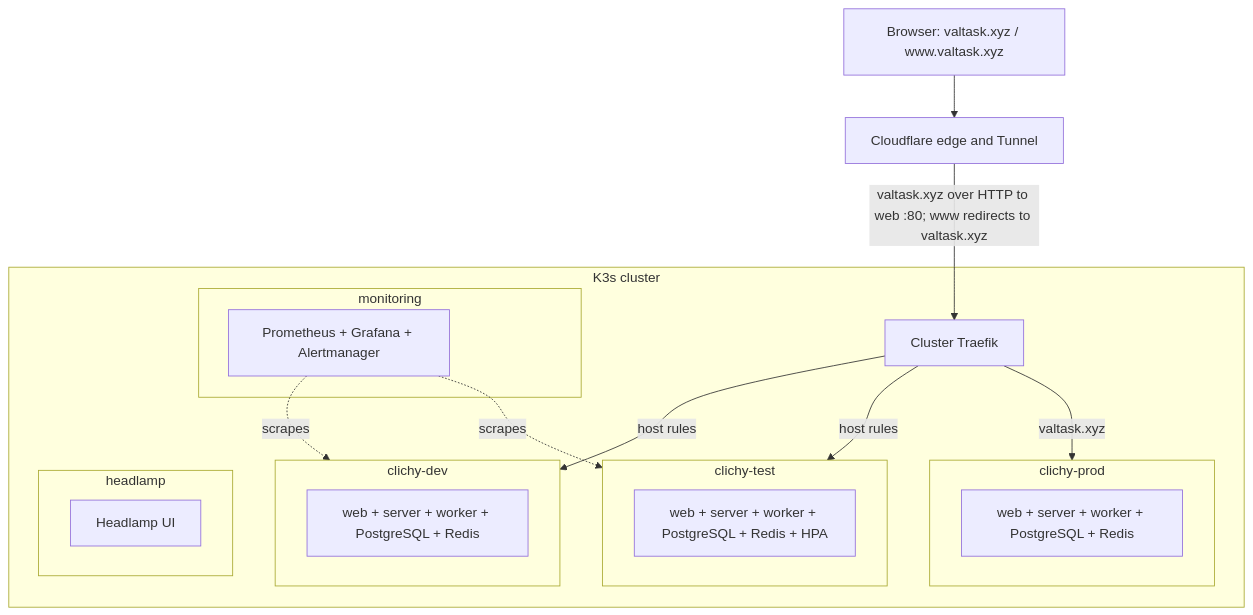
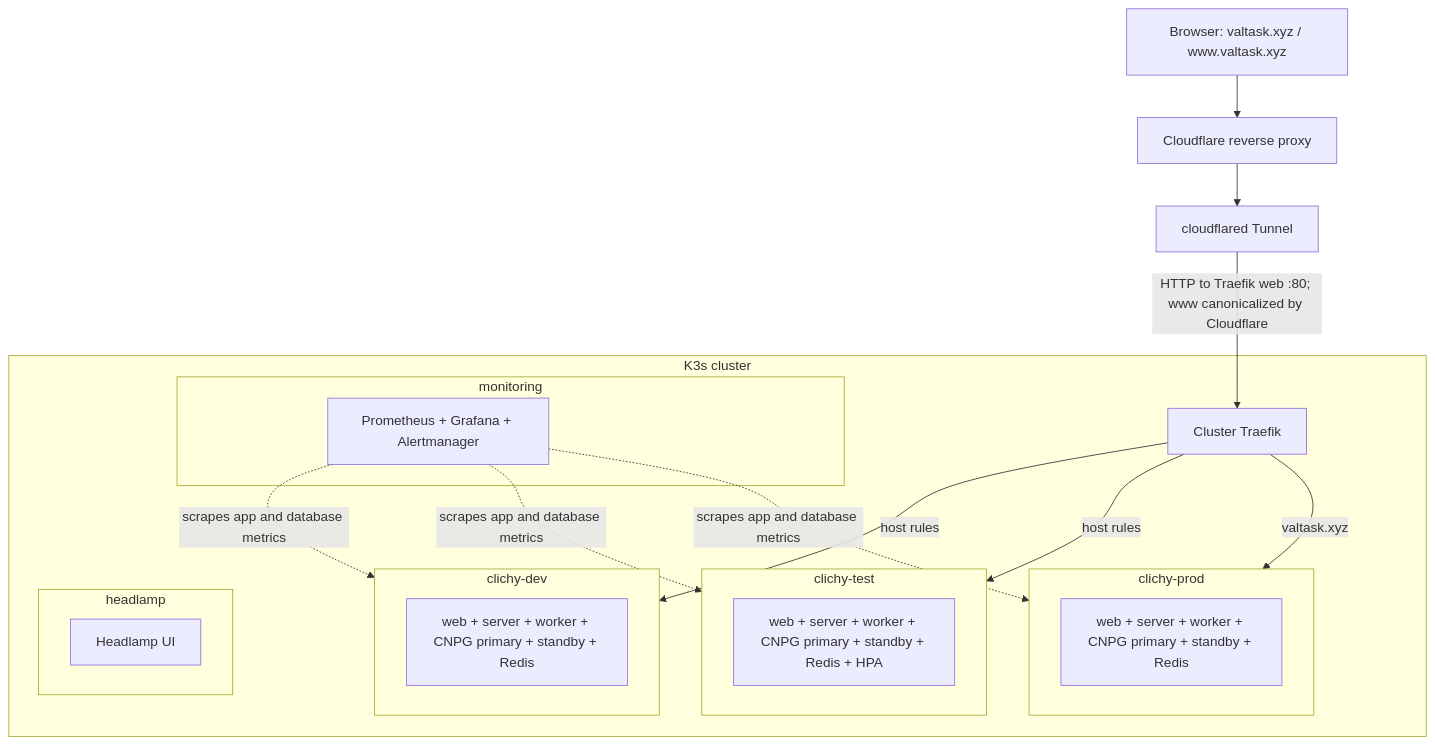
One commit to Valatras/clichy changed the diagram in docs/infrastructure/namespaces.md. Above: the diagram before and after it, drawn with Mermaid. The commit also changed other lines of this file and 42 other files, not shown here.

First line of the commit message:
feat: Implement CloudNativePG for PostgreSQL management and monitoring

````diff
--- a/docs/infrastructure/namespaces.md
+++ b/docs/infrastructure/namespaces.md
@@ -5,28 +5,30 @@
 ```mermaid
 flowchart TB
-  Public[Browser: valtask.xyz / www.valtask.xyz] --> CF[Cloudflare edge and Tunnel]
+  Public[Browser: valtask.xyz / www.valtask.xyz] --> CF[Cloudflare reverse proxy]
+  CF --> Tunnel[cloudflared Tunnel]
   subgraph Cluster[K3s cluster]
     subgraph Dev[clichy-dev]
-      D[web + server + worker + PostgreSQL + Redis]
+      D[web + server + worker + CNPG primary + standby + Redis]
     end
     subgraph Test[clichy-test]
-      T[web + server + worker + PostgreSQL + Redis + HPA]
+      T[web + server + worker + CNPG primary + standby + Redis + HPA]
     end
     subgraph Prod[clichy-prod]
-      P[web + server + worker + PostgreSQL + Redis]
+      P[web + server + worker + CNPG primary + standby + Redis]
     end
     subgraph Monitoring[monitoring]
       M[Prometheus + Grafana + Alertmanager]
     end
     subgraph Headlamp[headlamp]
       H[Headlamp UI]
     end
     Traefik[Cluster Traefik]
   end
-  CF -->|valtask.xyz over HTTP to web :80; www redirects to valtask.xyz| Traefik
+  Tunnel -->|HTTP to Traefik web :80; www canonicalized by Cloudflare| Traefik
   Traefik -->|host rules| Dev
   Traefik -->|host rules| Test
   Traefik -->|valtask.xyz| Prod
-  M -. scrapes .-> Dev
-  M -. scrapes .-> Test
+  M -. scrapes app and database metrics .-> Dev
+  M -. scrapes app and database metrics .-> Test
+  M -. scrapes app and database metrics .-> Prod
 ```
````
